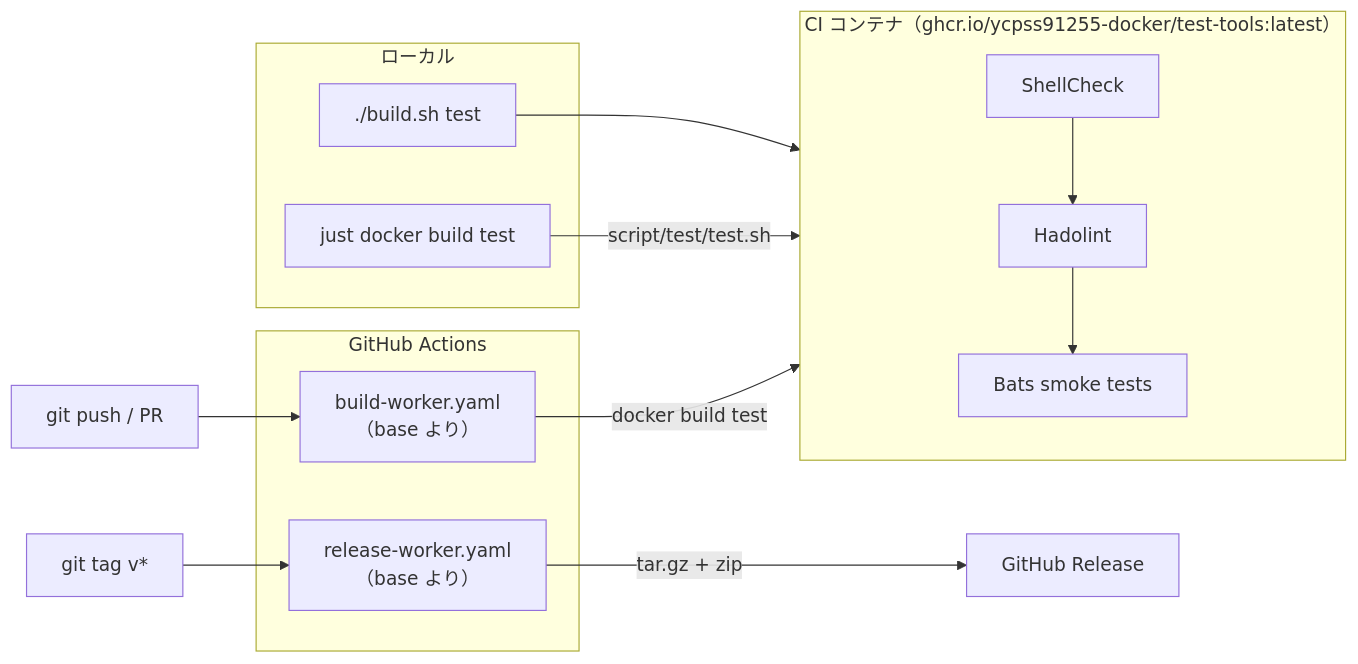
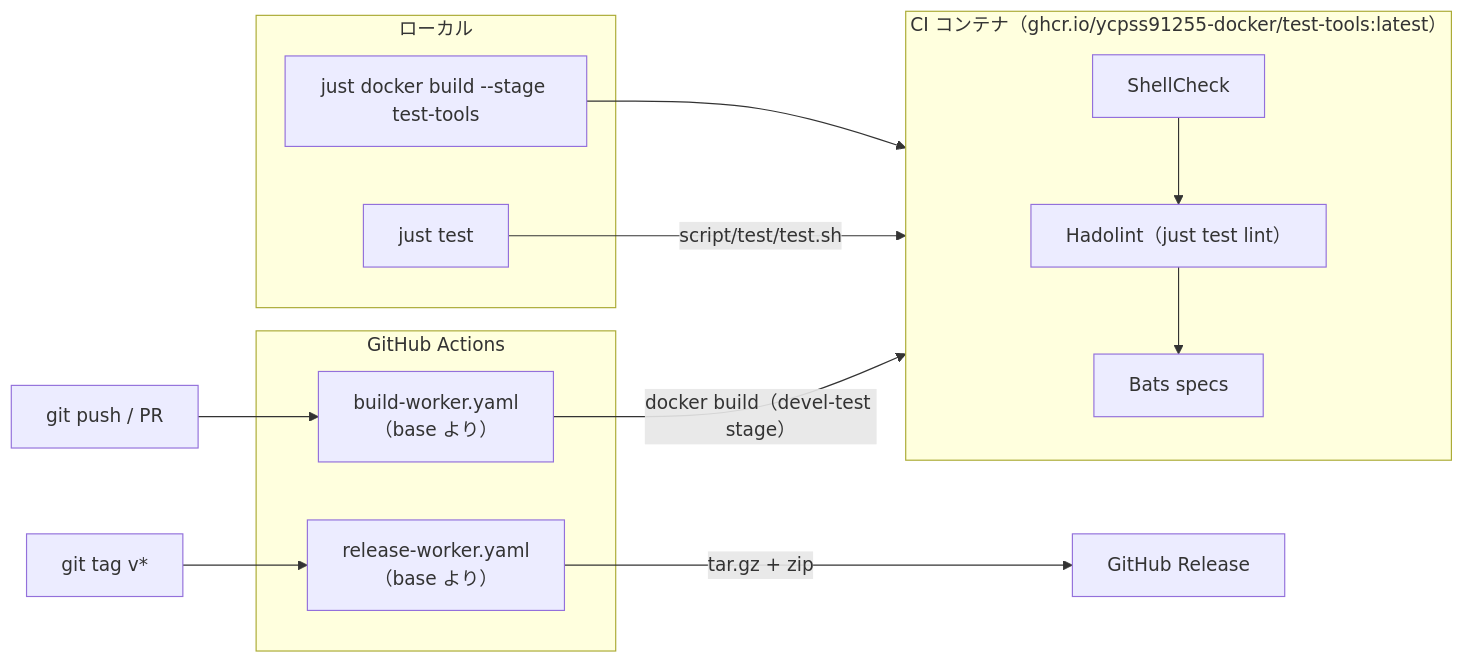
One commit to ycpss91255-docker/base changed the second of 2 diagrams in doc/readme/README.ja.md. Above: the diagram before and after it, drawn with Mermaid. The commit also changed other lines of this file and 3 other files, not shown here.

````diff
--- a/doc/readme/README.ja.md
+++ b/doc/readme/README.ja.md
@@ -106,27 +107,27 @@
 ```mermaid
 flowchart LR
     subgraph local["ローカル"]
-        build_test["./build.sh test"]
-        make_test["just docker build test"]
+        just_test["just test"]
+        just_build["just docker build --stage test-tools"]
     end
 
     subgraph ci_container["CI コンテナ（ghcr.io/ycpss91255-docker/test-tools:latest）"]
         shellcheck["ShellCheck"]
-        hadolint["Hadolint"]
-        bats["Bats smoke tests"]
+        hadolint["Hadolint（just test lint）"]
+        bats["Bats specs"]
     end
 
     subgraph github["GitHub Actions"]
         build_worker["build-worker.yaml<br/>（base より）"]
         release_worker["release-worker.yaml<br/>（base より）"]
     end
 
-    build_test --> ci_container
-    make_test -->|"script/test/test.sh"| ci_container
+    just_build --> ci_container
+    just_test -->|"script/test/test.sh"| ci_container
     shellcheck --> hadolint --> bats
 
     push["git push / PR"] --> build_worker
-    build_worker -->|"docker build test"| ci_container
+    build_worker -->|"docker build（devel-test stage）"| ci_container
     tag["git tag v*"] --> release_worker
     release_worker -->|"tar.gz + zip"| release["GitHub Release"]
 ```
````
